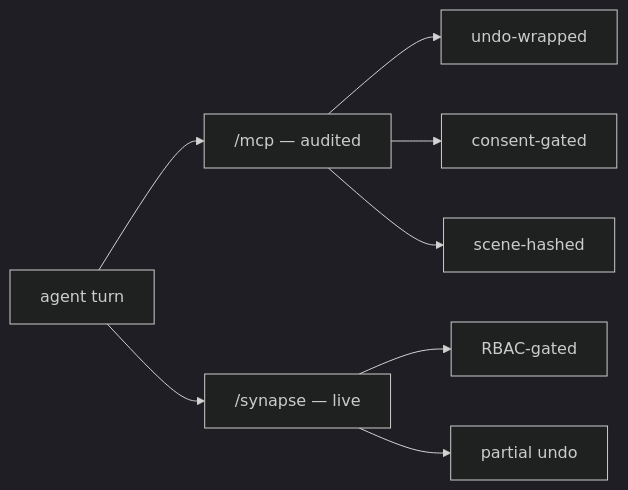
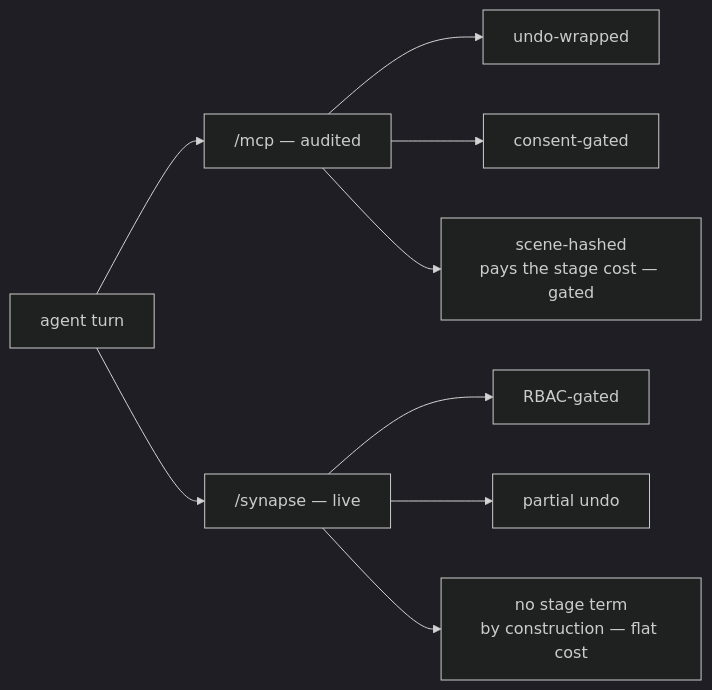
One commit to JosephOIbrahim/Synapse changed the third of 5 diagrams in README.md. Above: the diagram before and after it, drawn with Mermaid (dark theme). The commit also changed other lines of this file, not shown here.

````diff
--- a/README.md
+++ b/README.md
@@ -140,10 +144,11 @@
 ```mermaid
 flowchart LR
     T[agent turn] --> M["/mcp — audited"]
     T --> S["/synapse — live"]
     M --> A1[undo-wrapped]
     M --> A2[consent-gated]
-    M --> A3[scene-hashed]
+    M --> A3["scene-hashed<br/>pays the stage cost — gated"]
     S --> B1[RBAC-gated]
     S --> B2[partial undo]
+    S --> B3["no stage term<br/>by construction — flat cost"]
 ```
````
